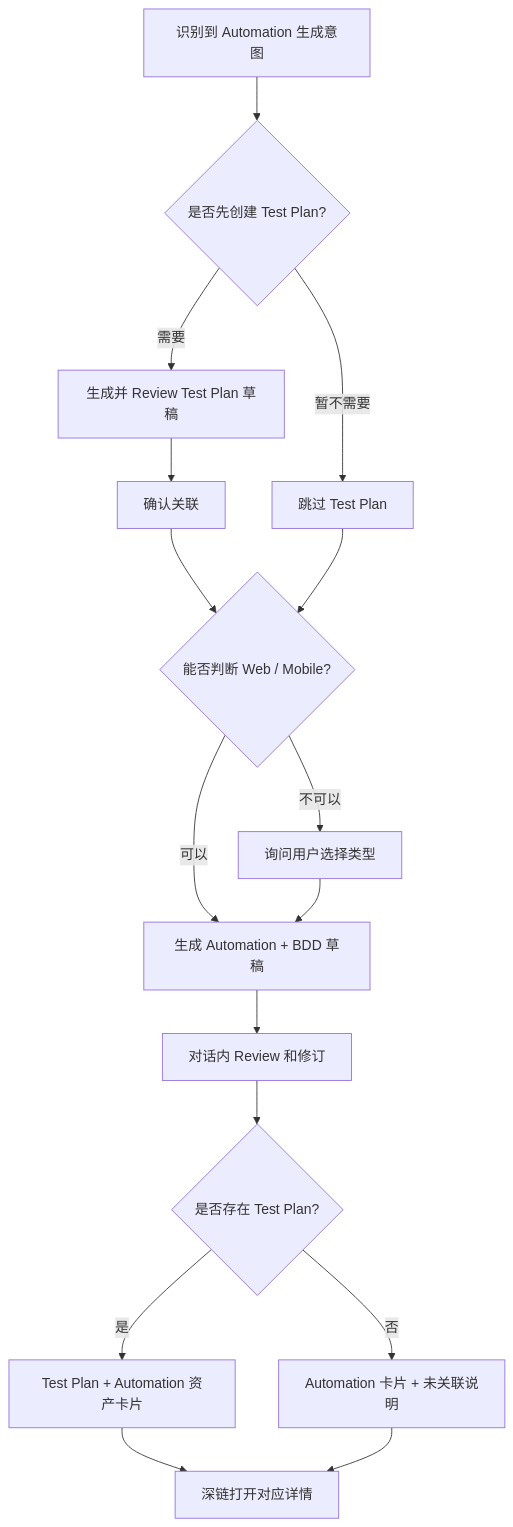
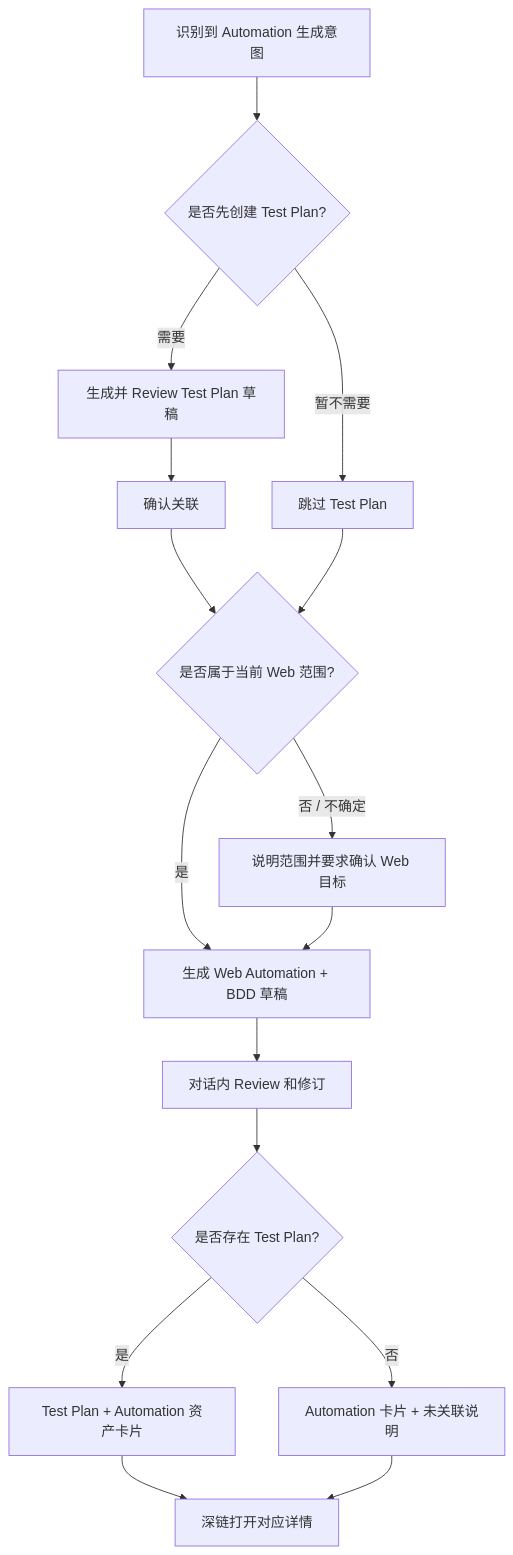
Before and after one commit to patrickstarpty/tap: the second of 2 diagrams in docs/proposals/2026-09-03-rfc-008-tap-product-shell-and-low-code-automation.md, drawn with Mermaid. The commit also changed other lines of this file and 56 other files, not shown here.

````diff
--- a/docs/proposals/2026-09-03-rfc-008-tap-product-shell-and-low-code-automation.md
+++ b/docs/proposals/2026-09-03-rfc-008-tap-product-shell-and-low-code-automation.md
@@ -347,18 +357,18 @@
 ```mermaid
 flowchart TD
     A[识别到 Automation 生成意图] --> B{是否先创建 Test Plan?}
     B -->|需要| C[生成并 Review Test Plan 草稿]
     B -->|暂不需要| D[跳过 Test Plan]
     C --> E[确认关联]
-    E --> F{能否判断 Web / Mobile?}
+    E --> F{是否属于当前 Web 范围?}
     D --> F
-    F -->|可以| G[生成 Automation + BDD 草稿]
-    F -->|不可以| H[询问用户选择类型]
+    F -->|是| G[生成 Web Automation + BDD 草稿]
+    F -->|否 / 不确定| H[说明范围并要求确认 Web 目标]
     H --> G
     G --> I[对话内 Review 和修订]
     I --> J{是否存在 Test Plan?}
     J -->|是| K[Test Plan + Automation 资产卡片]
     J -->|否| L[Automation 卡片 + 未关联说明]
     K --> M[深链打开对应详情]
     L --> M
 ```
````
